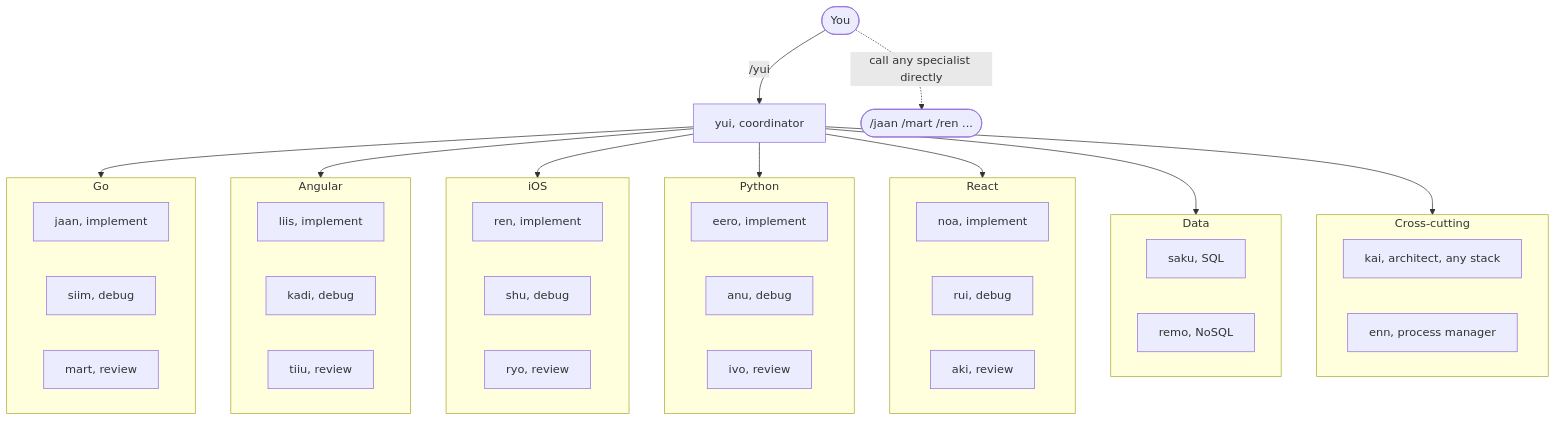
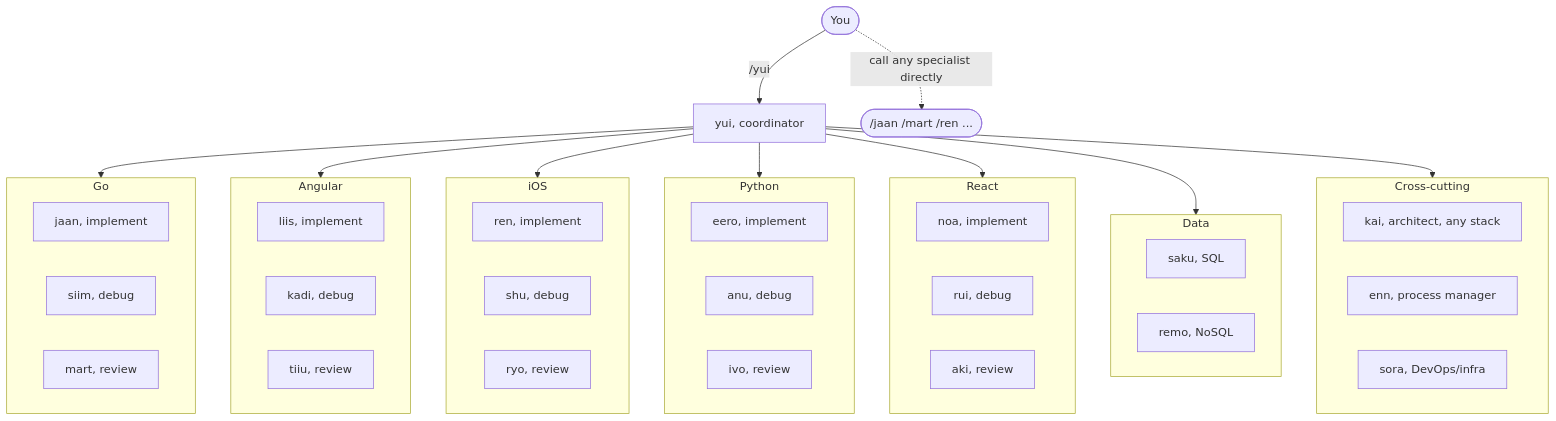
The first of 6 diagrams in docs/DIAGRAMS.md (annavetech/kumi), drawn with Mermaid before and after one commit. The commit also changed 14 other files, not shown here.

Commit message:
feat: add sora, a DevOps specialist

````diff
--- a/docs/DIAGRAMS.md
+++ b/docs/DIAGRAMS.md
@@ -9,48 +9,49 @@
 ```mermaid
 graph TD
     U([You])
     U -->|/yui| Y[yui, coordinator]
     U -.call any specialist directly.-> DIRECT([/jaan /mart /ren ...])
 
     Y --> GO
     Y --> NG
     Y --> IOS
     Y --> PY
     Y --> RE
     Y --> DB
     Y --> XC
 
     subgraph GO[Go]
         jaan[jaan, implement]
         siim[siim, debug]
         mart[mart, review]
     end
     subgraph NG[Angular]
         liis[liis, implement]
         kadi[kadi, debug]
         tiiu[tiiu, review]
     end
     subgraph IOS[iOS]
         ren[ren, implement]
         shu[shu, debug]
         ryo[ryo, review]
     end
     subgraph PY[Python]
         eero[eero, implement]
         anu[anu, debug]
         ivo[ivo, review]
     end
     subgraph RE[React]
         noa[noa, implement]
         rui[rui, debug]
         aki[aki, review]
     end
     subgraph DB[Data]
         saku[saku, SQL]
         remo[remo, NoSQL]
     end
     subgraph XC[Cross-cutting]
         kai[kai, architect, any stack]
         enn[enn, process manager]
+        sora[sora, DevOps/infra]
     end
 ```
````
